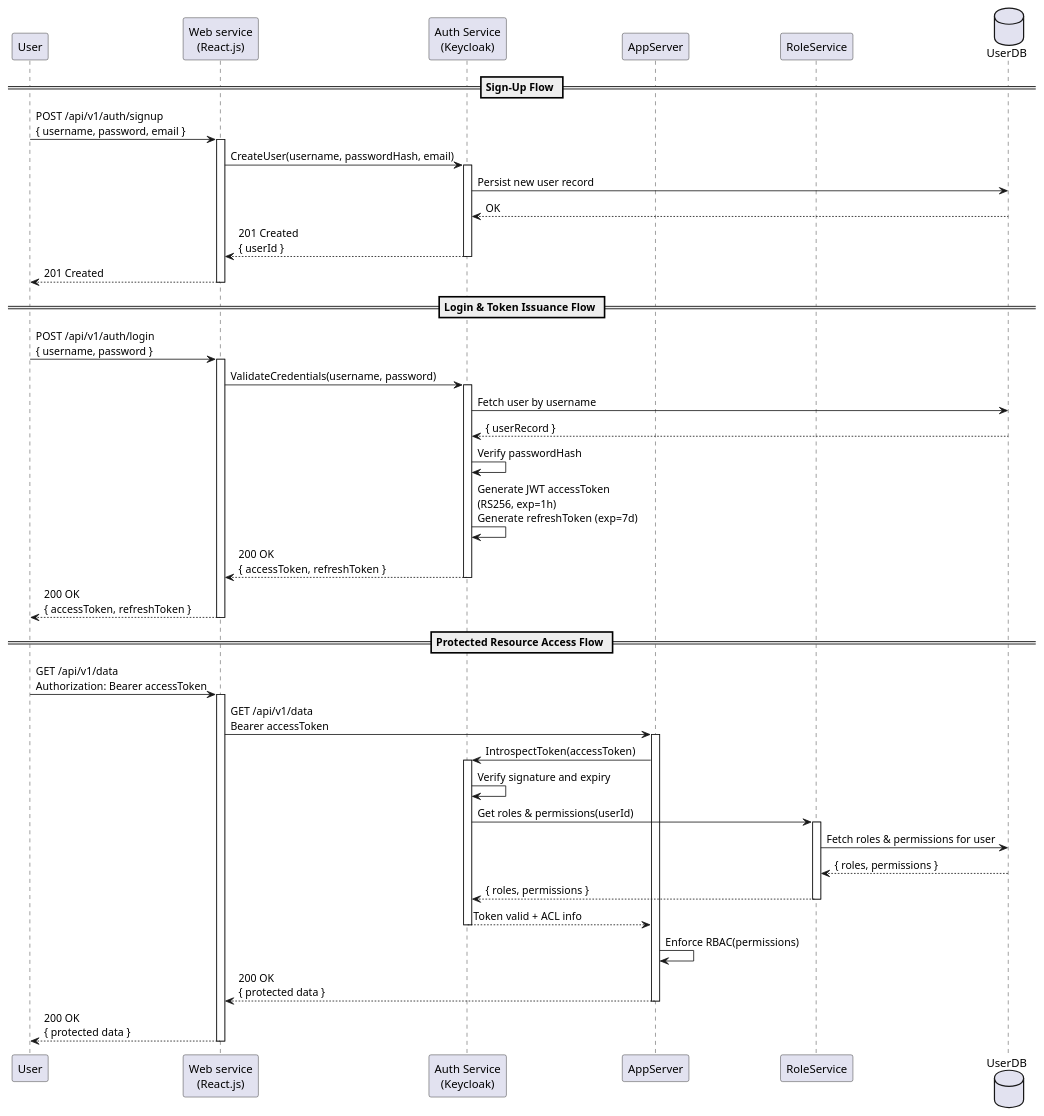
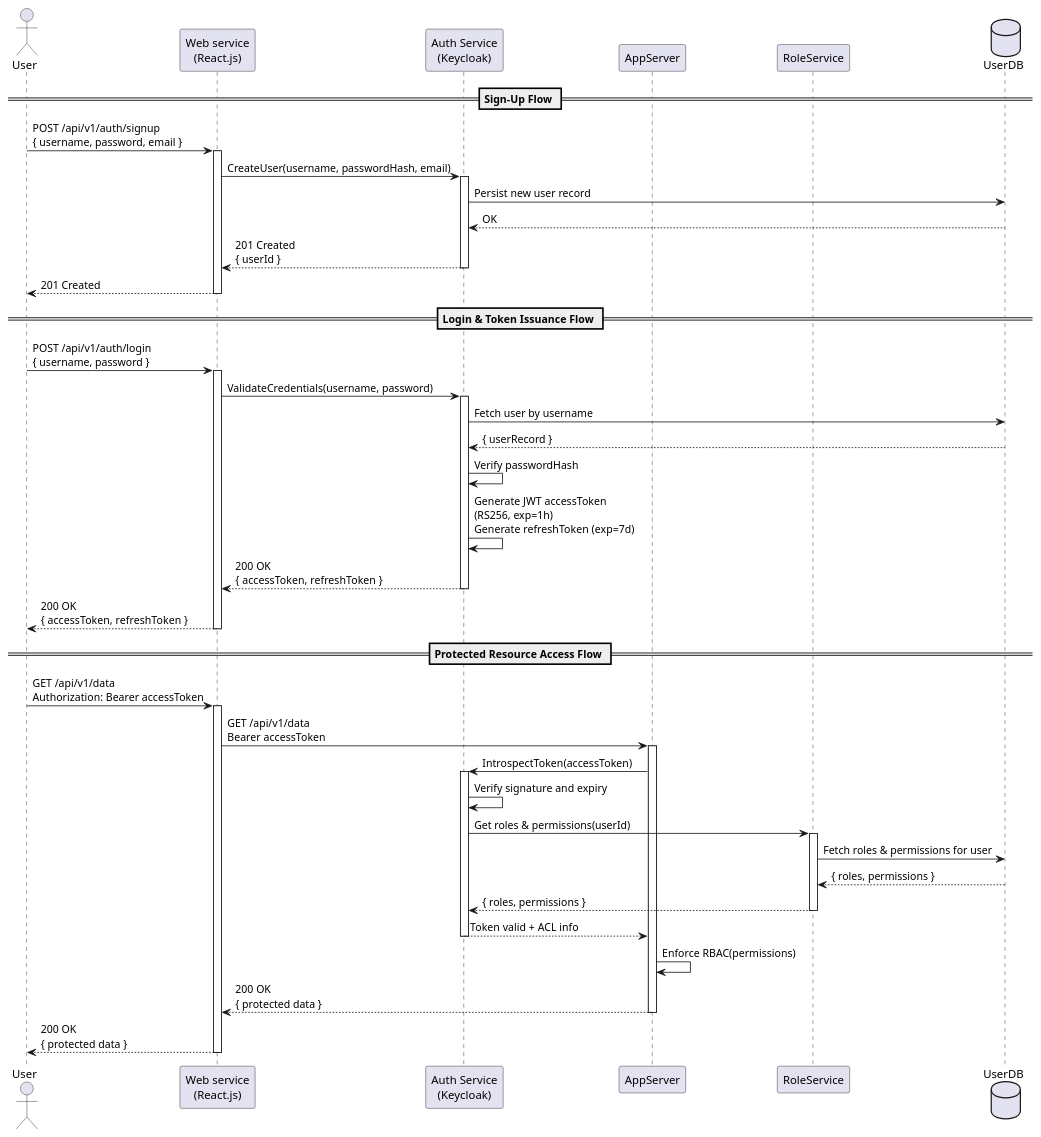
Before and after one commit to KnightChaser/opencctv-plantuml-storage: the diagram in 3.2.3_user_login_flow.plantuml, drawn with PlantUML.

Commit message:
Update 3.2.3_user_login_flow.plantuml
participant User -> actor User

```diff
--- a/3.2.3_user_login_flow.plantuml
+++ b/3.2.3_user_login_flow.plantuml
@@ -1,58 +1,59 @@
 @startuml
 ' 3.2.3_user_login_flow_en.plantuml
-participant User
+
+actor User
 participant "Web service\n(React.js)" as WebUI
 participant "Auth Service\n(Keycloak)" as AuthService
 participant AppServer
 participant RoleService
 database UserDB
 
 == Sign-Up Flow ==
 User -> WebUI: POST /api/v1/auth/signup\n{ username, password, email }
 activate WebUI
 WebUI -> AuthService: CreateUser(username, passwordHash, email)
 activate AuthService
 AuthService -> UserDB: Persist new user record
 UserDB --> AuthService: OK
 AuthService --> WebUI: 201 Created\n{ userId }
 deactivate AuthService
 WebUI --> User: 201 Created
 deactivate WebUI
 
 == Login & Token Issuance Flow ==
 User -> WebUI: POST /api/v1/auth/login\n{ username, password }
 activate WebUI
 WebUI -> AuthService: ValidateCredentials(username, password)
 activate AuthService
 AuthService -> UserDB: Fetch user by username
 UserDB --> AuthService: { userRecord }
 AuthService -> AuthService: Verify passwordHash
 AuthService -> AuthService: Generate JWT accessToken\n(RS256, exp=1h)\nGenerate refreshToken (exp=7d)
 AuthService --> WebUI: 200 OK\n{ accessToken, refreshToken }
 deactivate AuthService
 WebUI --> User: 200 OK\n{ accessToken, refreshToken }
 deactivate WebUI
 
 == Protected Resource Access Flow ==
 User -> WebUI: GET /api/v1/data\nAuthorization: Bearer accessToken
 activate WebUI
 WebUI -> AppServer: GET /api/v1/data\nBearer accessToken
 activate AppServer
 AppServer -> AuthService: IntrospectToken(accessToken)
 activate AuthService
 AuthService -> AuthService: Verify signature and expiry
 AuthService -> RoleService: Get roles & permissions(userId)
 activate RoleService
 RoleService -> UserDB: Fetch roles & permissions for user
 UserDB --> RoleService: { roles, permissions }
 RoleService --> AuthService: { roles, permissions }
 deactivate RoleService
 AuthService --> AppServer: Token valid + ACL info
 deactivate AuthService
 AppServer -> AppServer: Enforce RBAC(permissions)
 AppServer --> WebUI: 200 OK\n{ protected data }
 deactivate AppServer
 WebUI --> User: 200 OK\n{ protected data }
 deactivate WebUI
 
 @enduml
```
